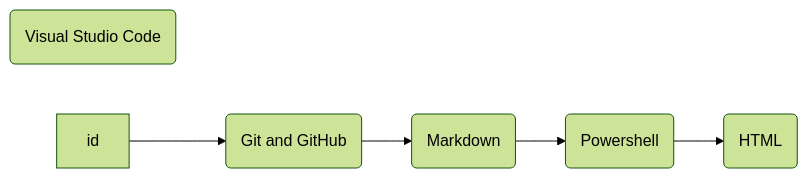
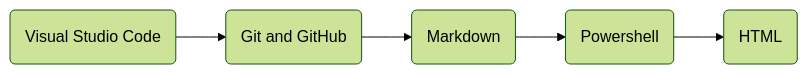
The first of 2 diagrams in README.md (phdonner/phdonner), drawn with Mermaid (forest theme) before and after one commit.

````diff
--- a/README.md
+++ b/README.md
@@ -15,9 +15,9 @@
 ```mermaid
 flowchart LR
     id1(Visual Studio Code)
     id2(Git and GitHub)
     id3(Markdown)
     id4(Powershell)
     id5(HTML)
-    id-->id2-->id3-->id4-->id5
+    id1-->id2-->id3-->id4-->id5
 ```
````
